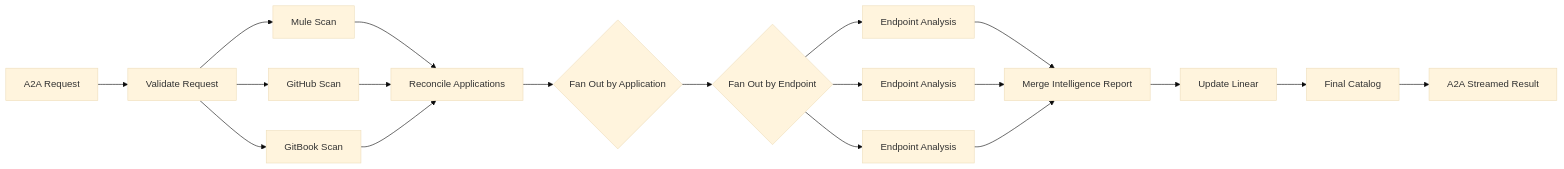
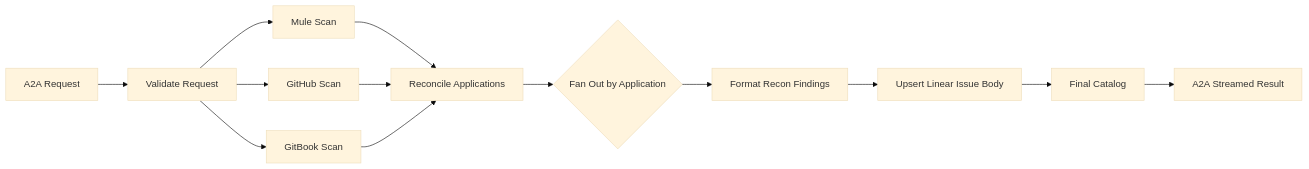
Before and after one commit to AskNerella/langgraph-sherlock-agent: the diagram in flow.mmd, drawn with Mermaid (base theme). The commit also changed 8 other files, not shown here.

```diff
--- a/flow.mmd
+++ b/flow.mmd
@@ -1,25 +1,16 @@
 flowchart LR
     A[A2A Request] --> B[Validate Request]
 
     B --> C1[Mule Scan]
     B --> C2[GitHub Scan]
     B --> C3[GitBook Scan]
 
     C1 --> D[Reconcile Applications]
     C2 --> D
     C3 --> D
 
     D --> E{Fan Out by Application}
-
-    E --> F{Fan Out by Endpoint}
-    F --> G1[Endpoint Analysis]
-    F --> G2[Endpoint Analysis]
-    F --> G3[Endpoint Analysis]
-
-    G1 --> H[Merge Intelligence Report]
-    G2 --> H
-    G3 --> H
-
-    H --> I[Update Linear]
+    E --> H[Format Recon Findings]
+    H --> I[Upsert Linear Issue Body]
     I --> J[Final Catalog]
     J --> K[A2A Streamed Result]
```
